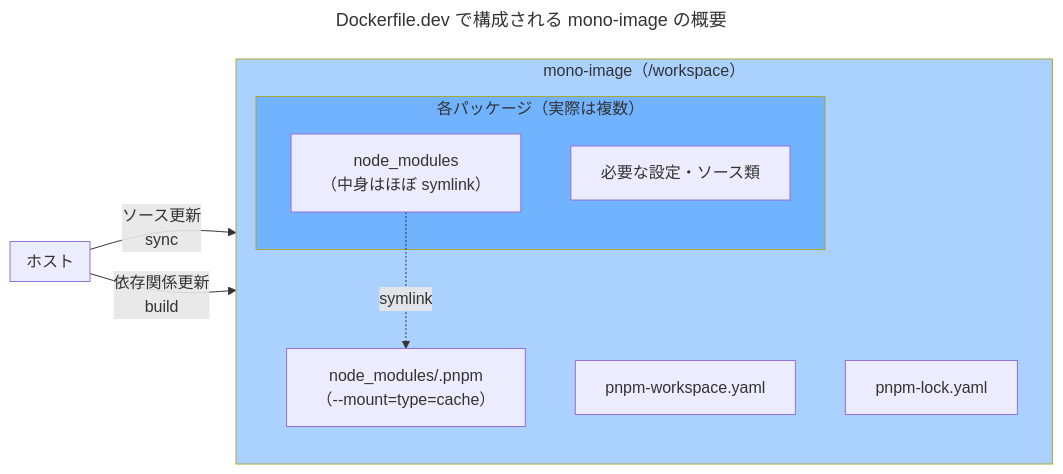
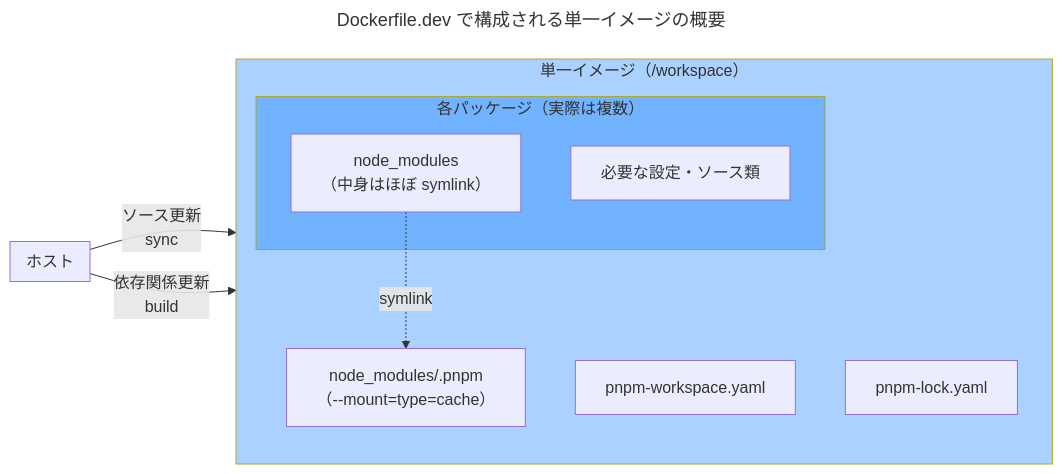
The first of 2 diagrams in articles/pnpm-monorepo-docker-compose-watch.md (Daiius/zenn-articles), drawn with Mermaid before and after one commit. The commit also changed other lines of this file and 6 other files, not shown here.

````diff
--- a/articles/pnpm-monorepo-docker-compose-watch.md
+++ b/articles/pnpm-monorepo-docker-compose-watch.md
@@ -67,27 +63,27 @@
 ```mermaid
 ---
-title: Dockerfile.dev で構成される mono-image の概要
+title: Dockerfile.dev で構成される単一イメージの概要
 ---
 flowchart LR
   subgraph host["ホスト"]
     
   end
 
-  subgraph image["mono-image（/workspace）"]
+  subgraph image["単一イメージ（/workspace）"]
     direction TB
     subgraph fe["各パッケージ（実際は複数）"]
       nm["node_modules<br/>（中身はほぼ symlink）"]
       sc["必要な設定・ソース類  "]
     end
     workspace["pnpm-workspace.yaml"]
     store["node_modules/.pnpm<br/>（--mount=type=cache）"]
     lock["pnpm-lock.yaml"]
     nm -. symlink .-> store
   end
 
   host -- "ソース更新<br>sync" --> sc
   host -- "依存関係更新<br>build" --> image
 
   style image fill:#0077ff55
   style fe fill:#0077ff55
 ```
````
